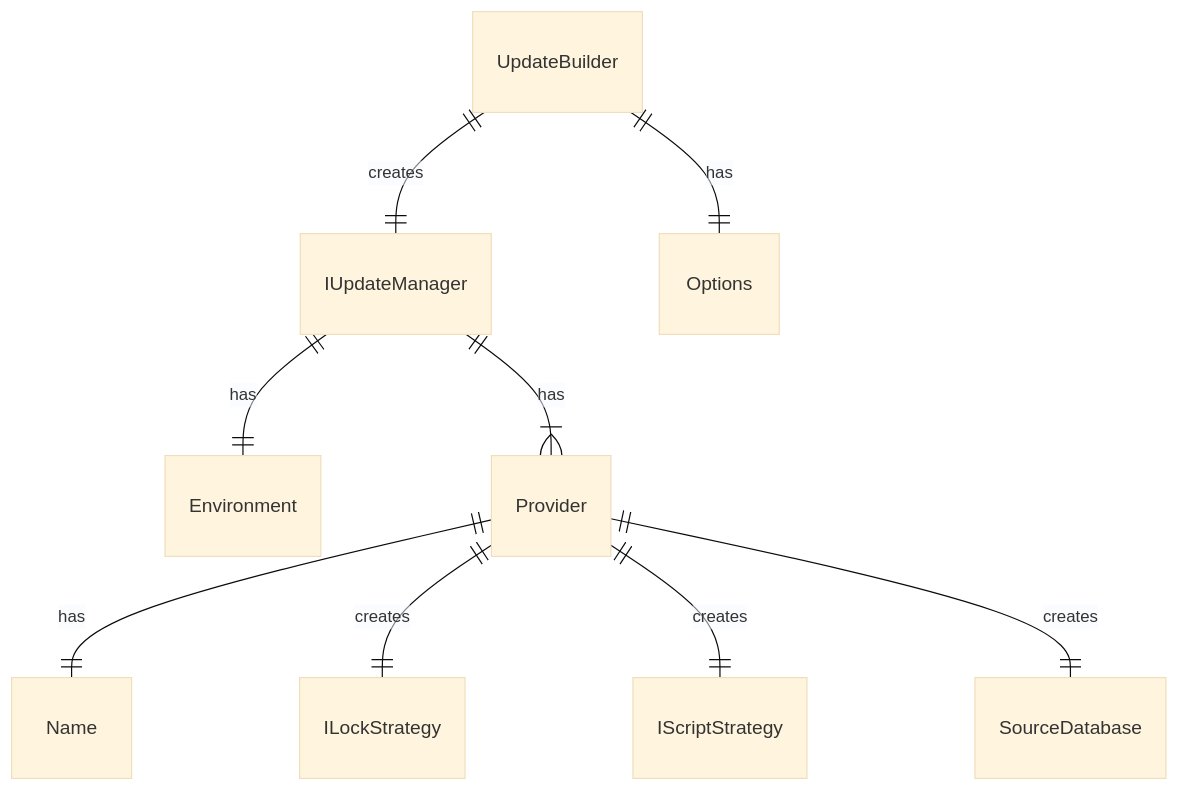
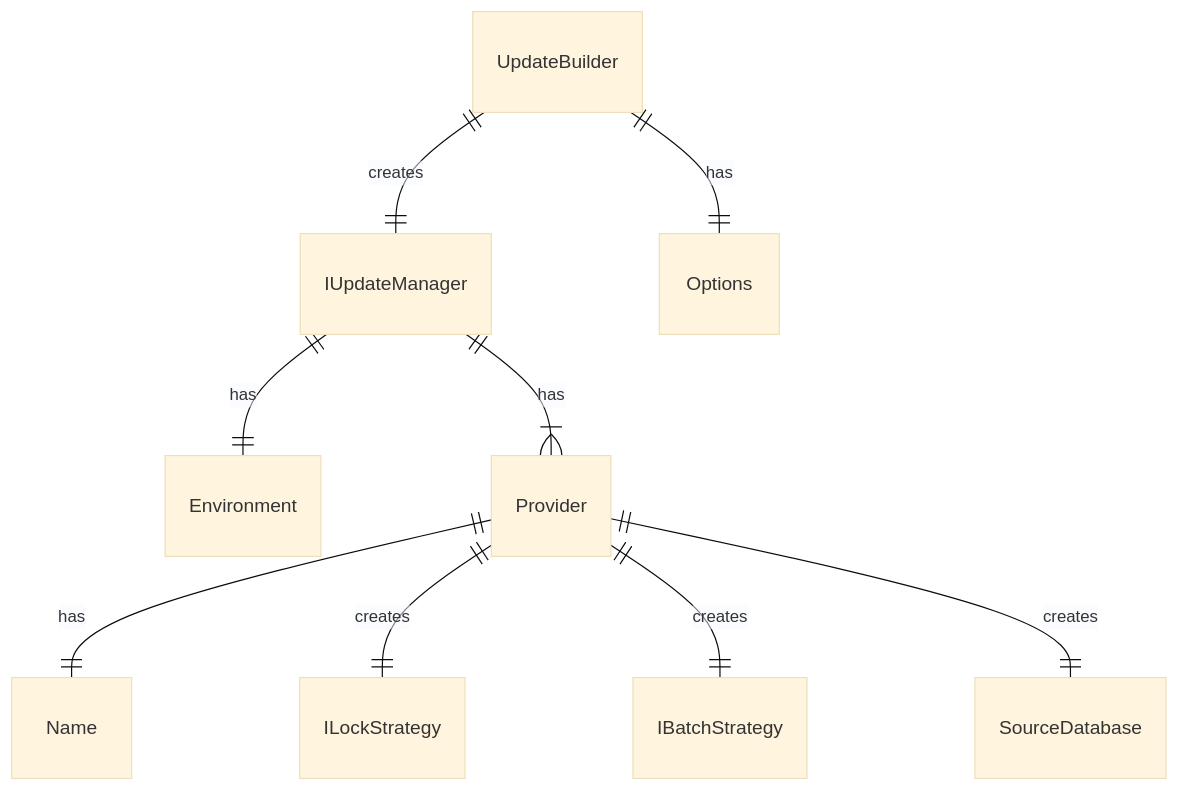
One commit to NetDefender/Upgradier changed the diagram in README.md. Above: the diagram before and after it, drawn with Mermaid (base theme). The commit also changed other lines of this file and 40 other files, not shown here.

````diff
--- a/README.md
+++ b/README.md
@@ -24,11 +24,11 @@
 ```mermaid
 erDiagram
     UpdateBuilder||--|| IUpdateManager: creates
     UpdateBuilder||--|| Options: has
     IUpdateManager ||--|| Environment:has
     IUpdateManager ||--|{ Provider :has
     Provider ||--|| Name :has
     Provider ||--|| ILockStrategy :creates
-    Provider ||--|| IScriptStrategy :creates
+    Provider ||--|| IBatchStrategy :creates
     Provider ||--|| SourceDatabase :creates
 ```
````
